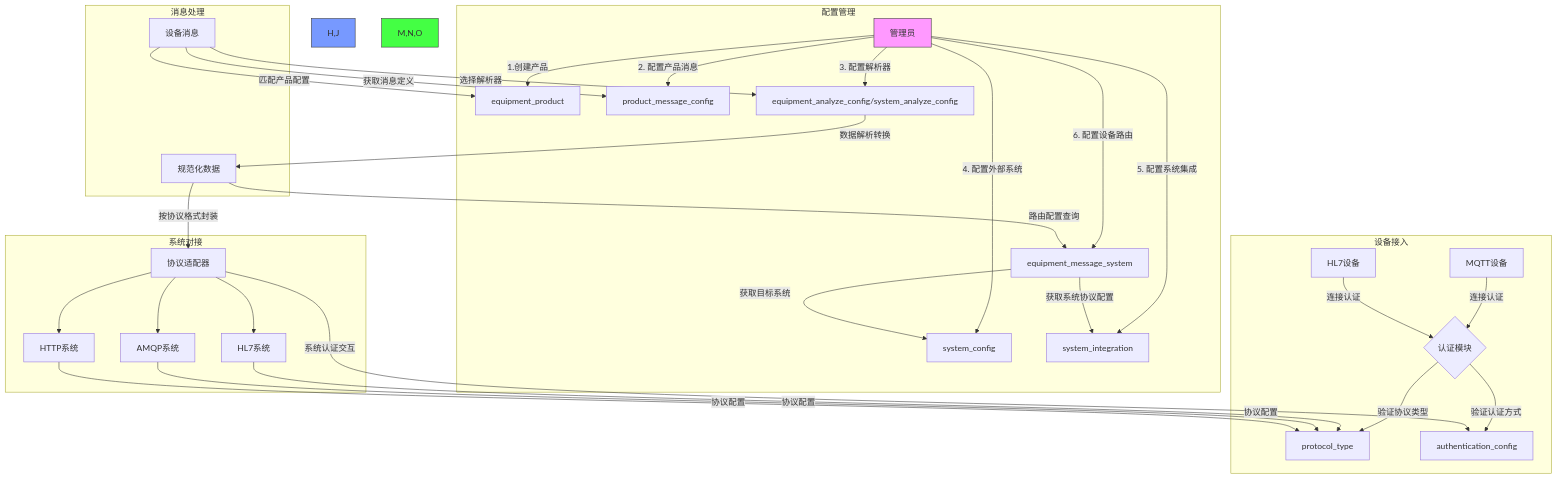
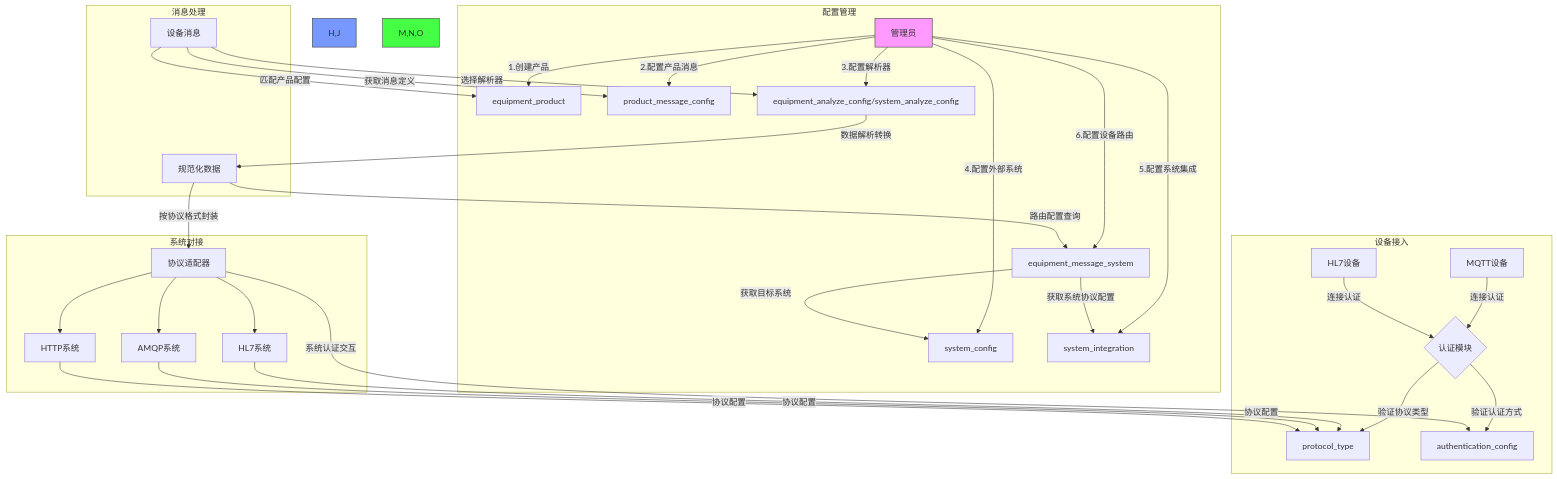
One commit to fuyong859050943/iodraw-files changed the diagram in all/未命名-5.md. Above: the diagram before and after it, drawn with Mermaid.

Commit message:
2025-02-25 17:27:23 update

````diff
--- a/all/未命名-5.md
+++ b/all/未命名-5.md
@@ -1,43 +1,43 @@
 ```mermaid
 flowchart TD
     subgraph 配置管理
         A[管理员] -->|1.创建产品| B[equipment_product]
-        A -->|2. 配置产品消息| C[product_message_config]
-        A -->|3. 配置解析器| D[equipment_analyze_config/system_analyze_config]
-        A -->|4. 配置外部系统| E[system_config]
-        A -->|5. 配置系统集成| F[system_integration]
-        A -->|6. 配置设备路由| G[equipment_message_system]
+        A -->|2.配置产品消息| C[product_message_config]
+        A -->|3.配置解析器| D[equipment_analyze_config/system_analyze_config]
+        A -->|4.配置外部系统| E[system_config]
+        A -->|5.配置系统集成| F[system_integration]
+        A -->|6.配置设备路由| G[equipment_message_system]
     end
     
     subgraph 设备接入
         H[MQTT设备] -->|连接认证| I{认证模块}
         J[HL7设备] -->|连接认证| I
         I -->|验证协议类型| protocol_type
         I -->|验证认证方式| authentication_config
     end
     
     subgraph 消息处理
         K[设备消息] -->|匹配产品配置| B
         K -->|获取消息定义| C
         K -->|选择解析器| D
         D -->|数据解析转换| L[规范化数据]
         L -->|路由配置查询| G
         G -->|获取目标系统| E
         G -->|获取系统协议配置| F
     end
     
     subgraph 系统对接
         M[HL7系统] -->|协议配置| protocol_type
         N[AMQP系统] -->|协议配置| protocol_type
         O[HTTP系统] -->|协议配置| protocol_type
         L -->|按协议格式封装| P[协议适配器]
         P -->|系统认证交互| authentication_config
         P --> M
         P --> N
         P --> O
     end
     
     style A fill:#f9f,stroke:#333
     style H,J fill:#79f,stroke:#333
     style M,N,O fill:#4f4,stroke:#333
 ```
````
